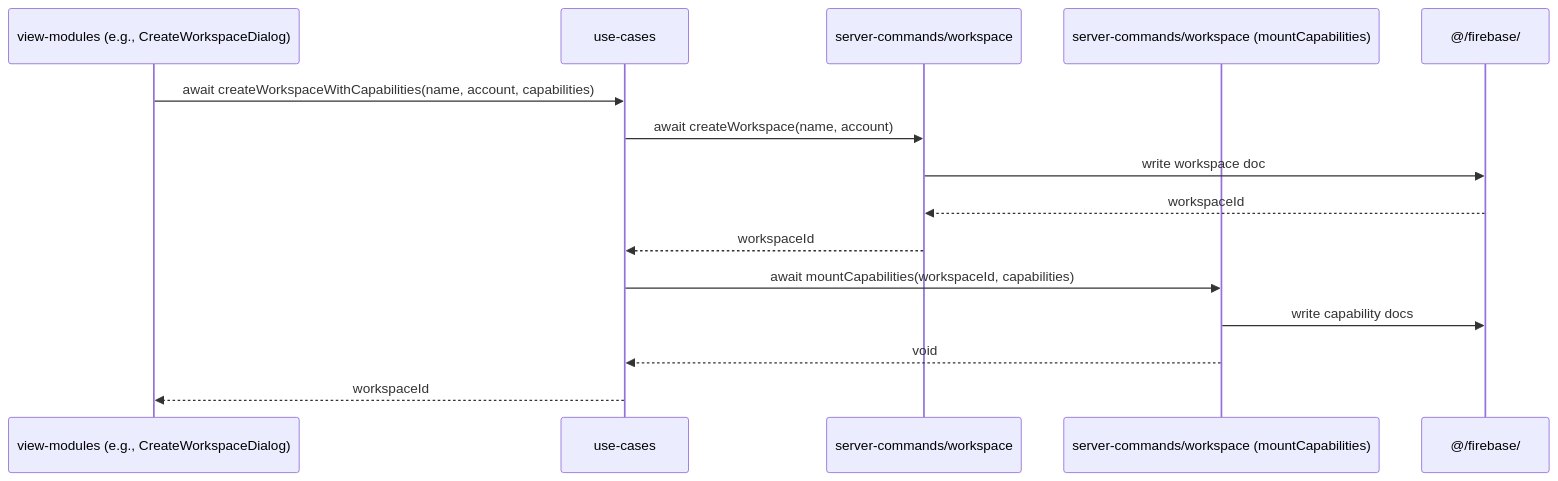
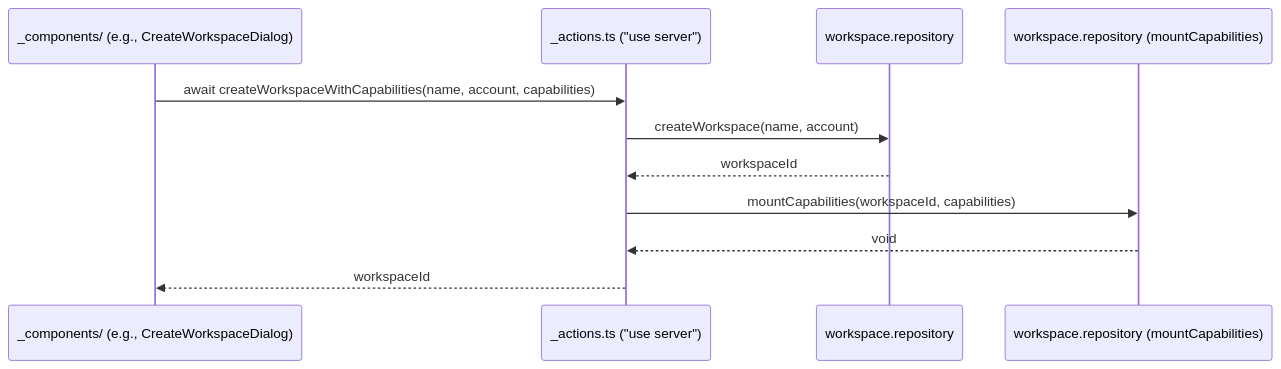
One commit to 7Spade/xuanwu-xxx changed the third of 4 diagrams in src/shared/FLOWS.md. Above: the diagram before and after it, drawn with Mermaid. The commit also changed other lines of this file and 9 other files, not shown here.

````diff
--- a/src/shared/FLOWS.md
+++ b/src/shared/FLOWS.md
@@ -83,18 +81,14 @@
 ```mermaid
 sequenceDiagram
-    participant UI as view-modules (e.g., CreateWorkspaceDialog)
-    participant UC as use-cases
-    participant CmdA as server-commands/workspace
-    participant CmdB as server-commands/workspace (mountCapabilities)
-    participant FB as @/firebase/
+    participant UI as _components/ (e.g., CreateWorkspaceDialog)
+    participant Action as _actions.ts ("use server")
+    participant RepoA as workspace.repository
+    participant RepoB as workspace.repository (mountCapabilities)
 
-    UI->>UC: await createWorkspaceWithCapabilities(name, account, capabilities)
-    UC->>CmdA: await createWorkspace(name, account)
-    CmdA->>FB: write workspace doc
-    FB-->>CmdA: workspaceId
-    CmdA-->>UC: workspaceId
-    UC->>CmdB: await mountCapabilities(workspaceId, capabilities)
-    CmdB->>FB: write capability docs
-    CmdB-->>UC: void
-    UC-->>UI: workspaceId
+    UI->>Action: await createWorkspaceWithCapabilities(name, account, capabilities)
+    Action->>RepoA: createWorkspace(name, account)
+    RepoA-->>Action: workspaceId
+    Action->>RepoB: mountCapabilities(workspaceId, capabilities)
+    RepoB-->>Action: void
+    Action-->>UI: workspaceId
 ```
````
